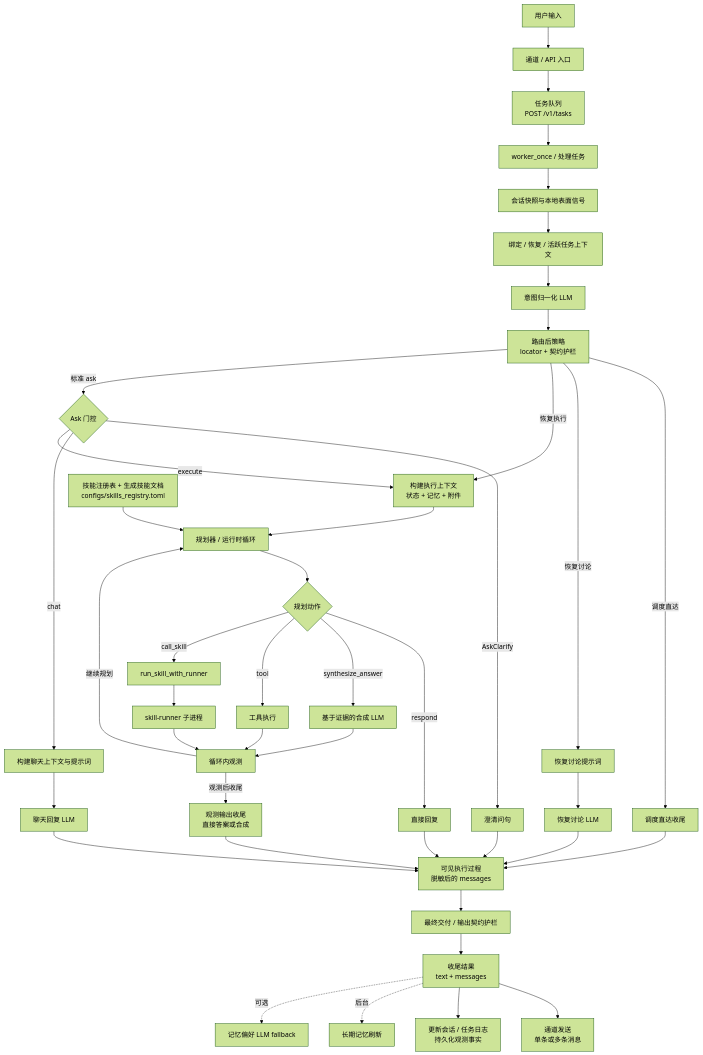
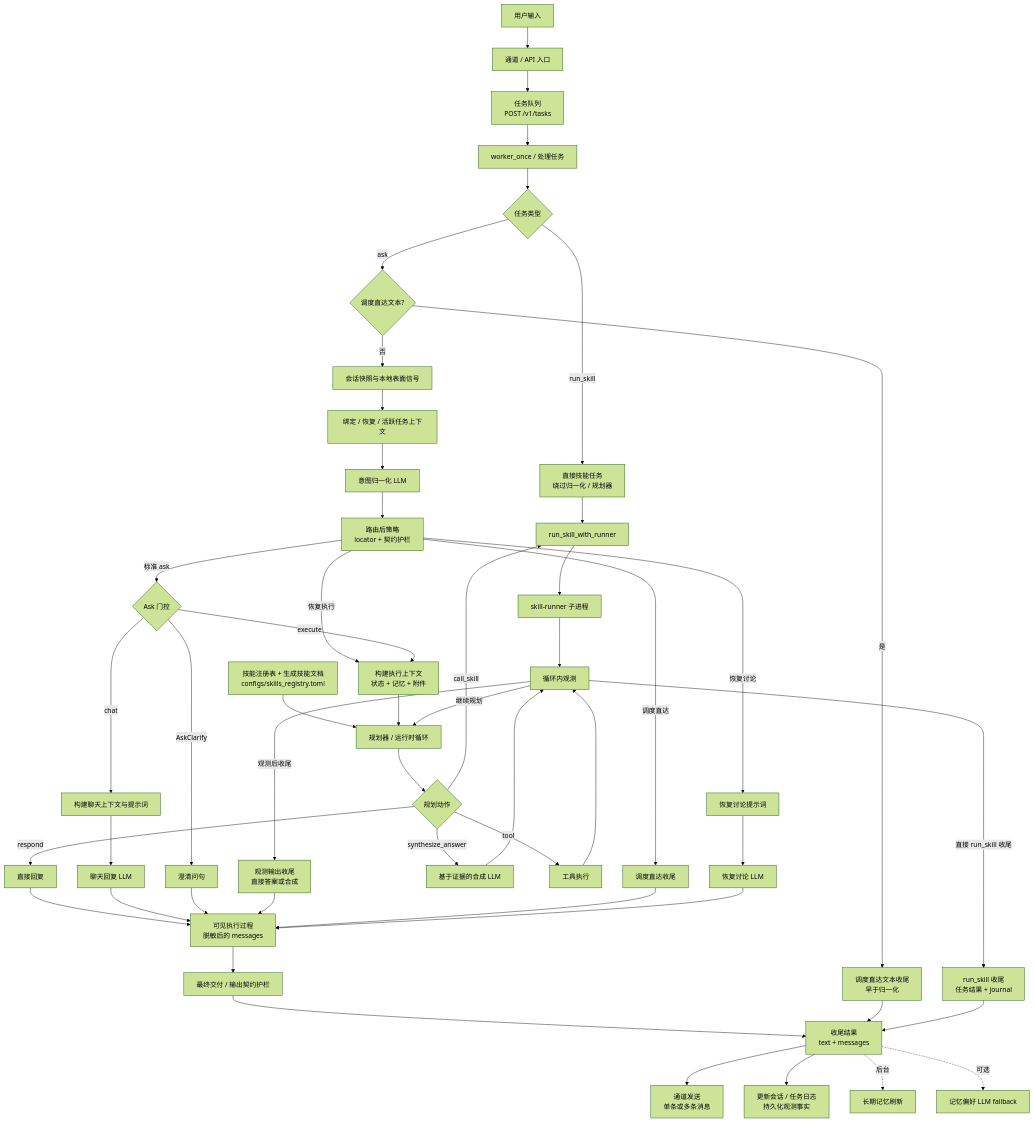
Before and after one commit to MatrixCoreX/RustClaw: the first of 2 diagrams in README.zh-CN.md, drawn with Mermaid (forest theme). The commit also changed other lines of this file and 1 other file, not shown here.

````diff
--- a/README.zh-CN.md
+++ b/README.zh-CN.md
@@ -28,44 +28,52 @@
 ```mermaid
 flowchart TD
     A[用户输入] --> B[通道 / API 入口]
     B --> B1[任务队列<br/>POST /v1/tasks]
     B1 --> B2[worker_once / 处理任务]
-    B2 --> C[会话快照与本地表面信号]
+    B2 --> B3{任务类型}
+    B3 -->|run_skill| RS[直接技能任务<br/>绕过归一化 / 规划器]
+    B3 -->|ask| C0{调度直达文本?}
+    C0 -->|是| SD0[调度直达文本收尾<br/>早于归一化]
+    C0 -->|否| C[会话快照与本地表面信号]
     C --> D[绑定 / 恢复 / 活跃任务上下文]
     D --> E[意图归一化 LLM]
     E --> E2[路由后策略<br/>locator + 契约护栏]
     E2 -->|调度直达| SD[调度直达收尾]
     E2 -->|恢复讨论| RD[恢复讨论提示词]
     E2 -->|恢复执行| H
     E2 -->|标准 ask| F{Ask 门控}
     F -->|AskClarify| G[澄清问句]
     F -->|chat| CH[构建聊天上下文与提示词]
     CH --> CR[聊天回复 LLM]
     F -->|execute| H[构建执行上下文<br/>状态 + 记忆 + 附件]
     SK[技能注册表 + 生成技能文档<br/>configs/skills_registry.toml] --> I
     H --> I[规划器 / 运行时循环]
     I --> L{规划动作}
     L -->|respond| M[直接回复]
     L -->|synthesize_answer| SS[基于证据的合成 LLM]
     L -->|tool| N[工具执行]
     L -->|call_skill| N1[run_skill_with_runner]
+    RS --> N1
     N1 --> N2[skill-runner 子进程]
     N2 --> P
     N --> P[循环内观测]
     SS --> P
     P -->|继续规划| I
     P -->|观测后收尾| OF[观测输出收尾<br/>直接答案或合成]
+    P -->|直接 run_skill 收尾| RSK[run_skill 收尾<br/>任务结果 + journal]
     M --> VP[可见执行过程<br/>脱敏后的 messages]
     CR --> VP
     G --> VP
     OF --> VP
     SD --> VP
     RD --> RDL[恢复讨论 LLM]
     RDL --> VP
     VP --> Q[最终交付 / 输出契约护栏]
     Q --> R[收尾结果<br/>text + messages]
+    SD0 --> R
+    RSK --> R
     R --> S[通道发送<br/>单条或多条消息]
     R --> T[更新会话 / 任务日志<br/>持久化观测事实]
     R -. 后台 .-> U[长期记忆刷新]
     R -. 可选 .-> V[记忆偏好 LLM fallback]
 ```
````
